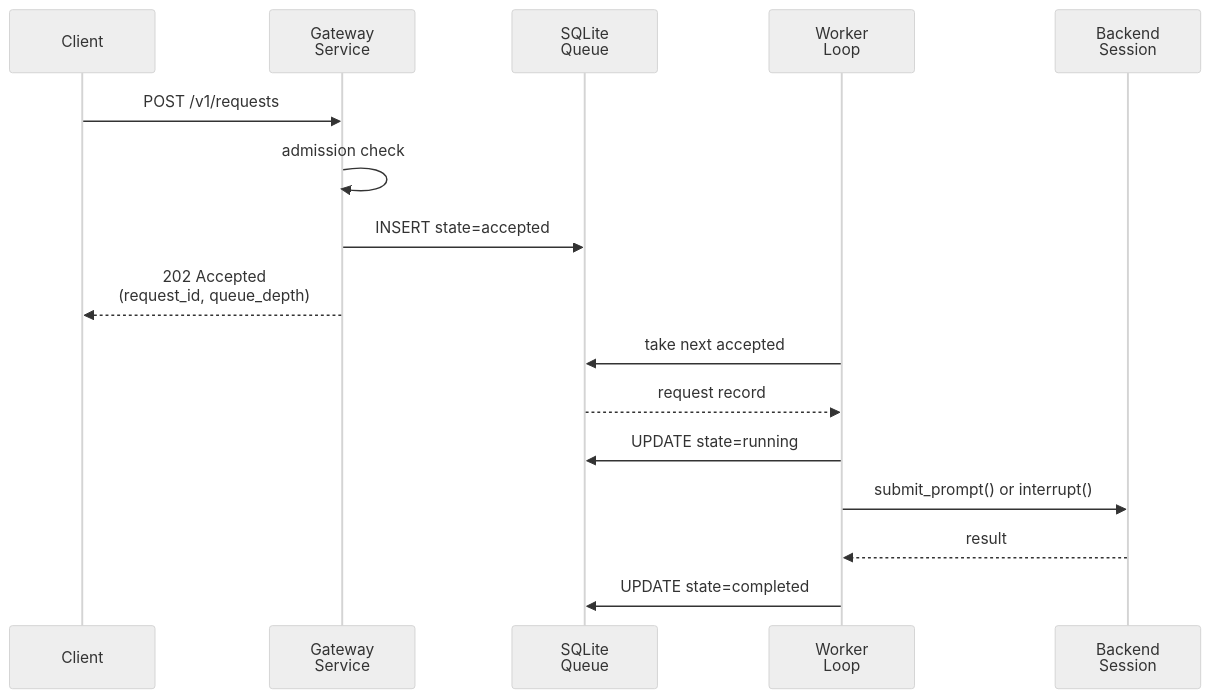
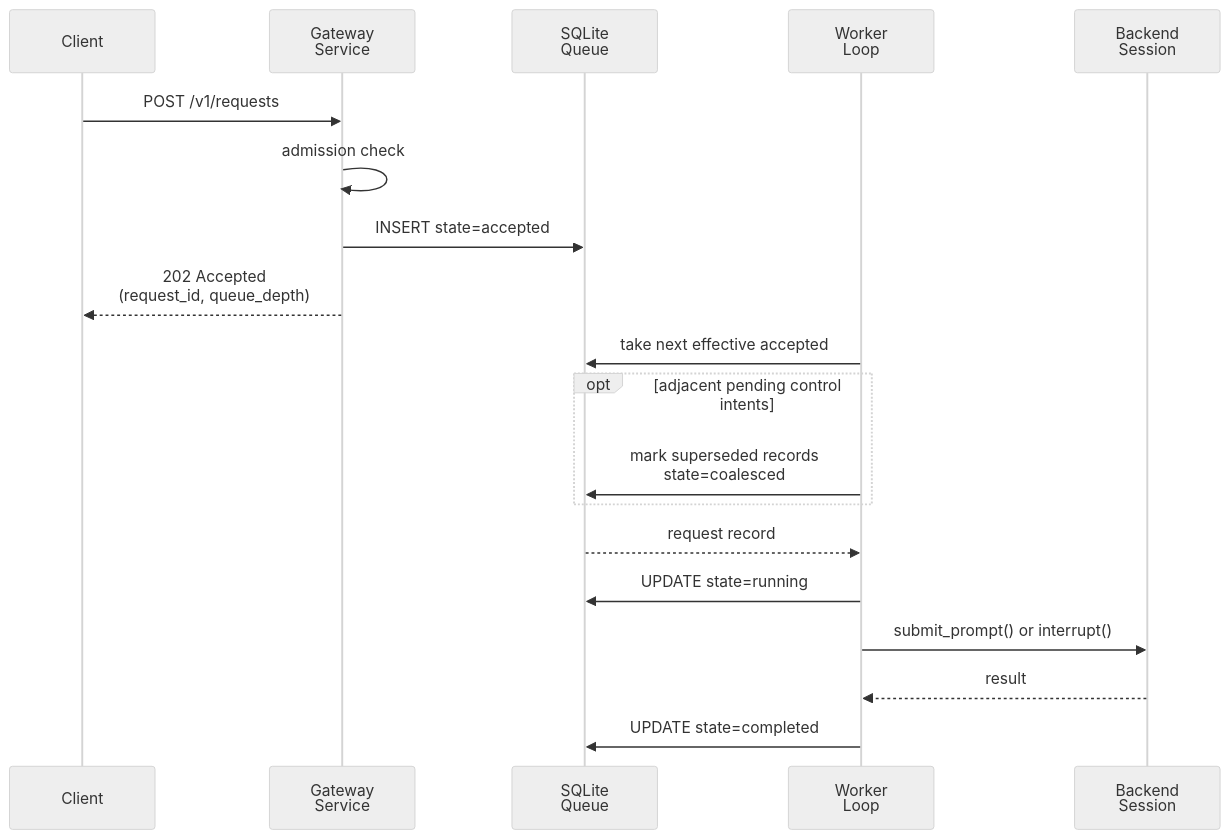
The diagram in docs/reference/gateway/contracts/protocol-and-state.md (igamenovoer/houmao), drawn with Mermaid (neutral theme) before and after one commit. The commit also changed other lines of this file and 9 other files, not shown here.

````diff
--- a/docs/reference/gateway/contracts/protocol-and-state.md
+++ b/docs/reference/gateway/contracts/protocol-and-state.md
@@ -233,20 +233,23 @@
 ```mermaid
 sequenceDiagram
     participant C as Client
     participant GW as Gateway<br/>Service
     participant Q as SQLite<br/>Queue
     participant W as Worker<br/>Loop
     participant BE as Backend<br/>Session
 
     C->>GW: POST /v1/requests
     GW->>GW: admission check
     GW->>Q: INSERT state=accepted
     GW-->>C: 202 Accepted<br/>(request_id, queue_depth)
 
-    W->>Q: take next accepted
+    W->>Q: take next effective accepted
+    opt adjacent pending control intents
+        W->>Q: mark superseded records<br/>state=coalesced
+    end
     Q-->>W: request record
     W->>Q: UPDATE state=running
     W->>BE: submit_prompt() or interrupt()
     BE-->>W: result
     W->>Q: UPDATE state=completed
 ```
````
